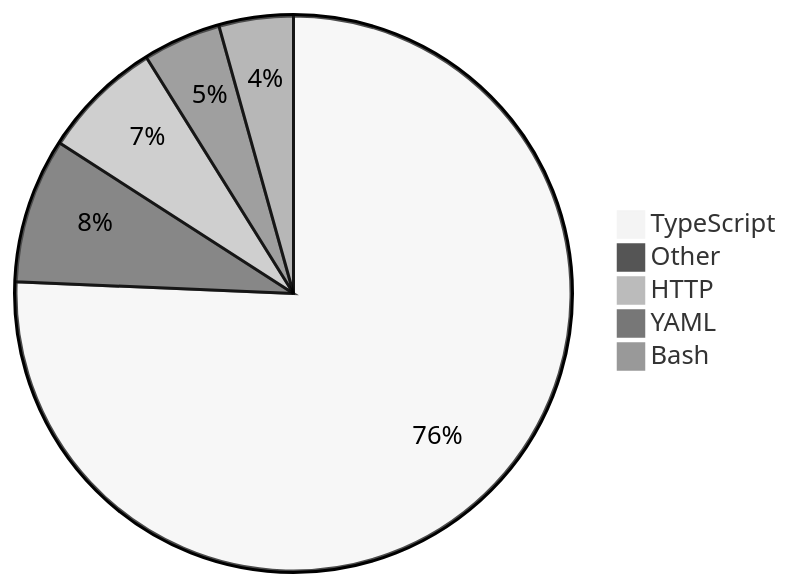
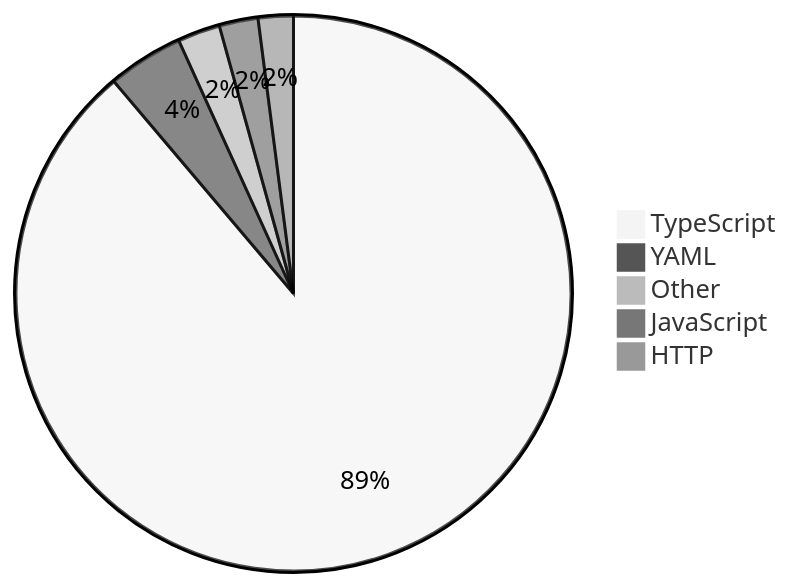
The diagram in README.md (skvggor/skvggor), drawn with Mermaid (neutral theme) before and after one commit.

Commit message:
Updated waka-readme graph with new metrics

````diff
--- a/README.md
+++ b/README.md
@@ -16,8 +16,8 @@
 ```mermaid
 pie
-    "TypeScript" : 70.0
-    "Other" : 7.8
-    "HTTP" : 6.5
-    "YAML" : 4.2
-    "Bash" : 4.0
+    "TypeScript" : 82.6
+    "YAML" : 4.1
+    "Other" : 2.3
+    "JavaScript" : 2.1
+    "HTTP" : 1.9
 ```
````
